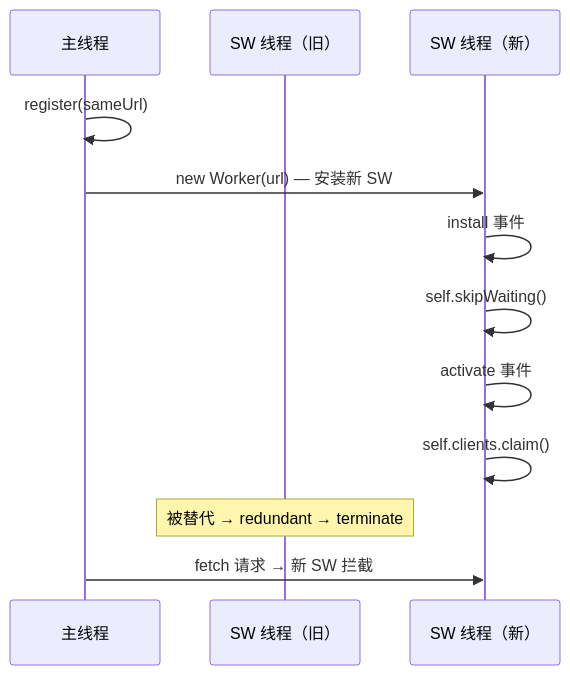
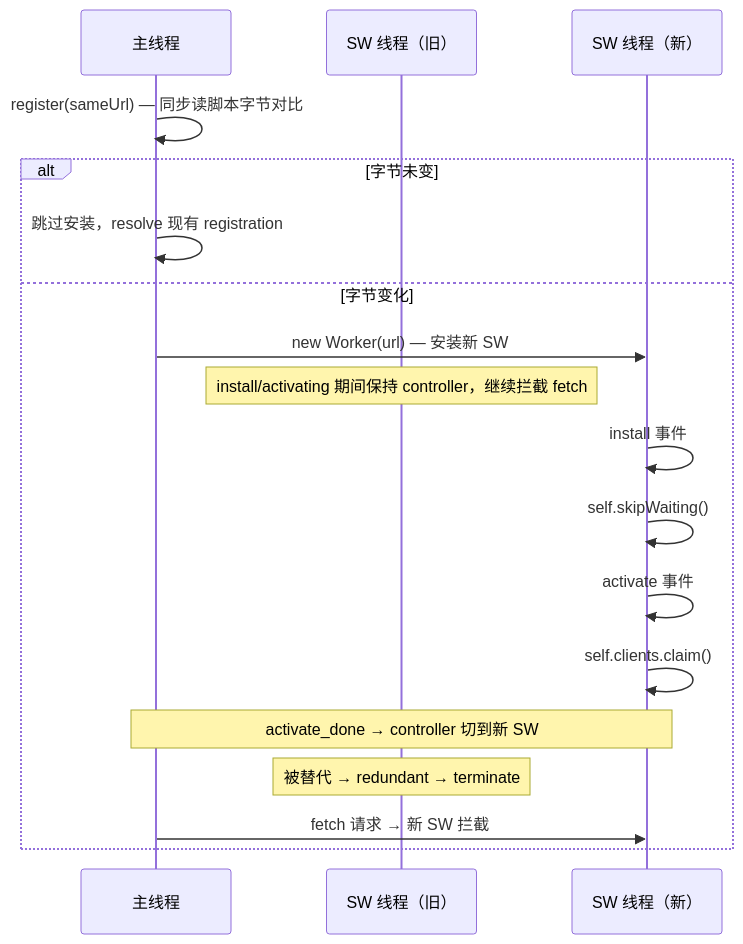
The third of 5 diagrams in docs/plans/2026-09-04-service-worker-design.md (adam-ikari/qwrt), drawn with Mermaid before and after one commit. The commit also changed other lines of this file and 2 other files, not shown here.

Commit message:
docs(plans): 设计文档与实现对齐 + 运行时性能基准方案
- service-worker-design §2.3/§7.2：SW-3 字节对比（latest-slot 优先）+
  controller/active 切换点 activate_done（install/activating 期间旧 SW 保持
  拦截，无控制真空）；移除"首版不做字节级 diff"过时句与 §7.2 真空预期矛盾
- multi-process-model §1.4/§2.1/§5.1/§6.2/§10.1：M-P1 缺省恒 THREAD、
  编译开关与缺省 PROCESS 落 M-P2、worker spawn 走伴随 qwrt-rt 二进制、
  mock 策略=编译排除非 mock_ipc 桩、terminate tier-2 同步阻塞已知限制
- 新增 runtime-perf-benchmark-design：R1-R8 指标（启动/spawn/往返/吞吐/
  内存/eval/信封），THREAD vs PROCESS 双后端对照实证 §1.4 判据表，
  CI 先观察后守门（continue-on-error → ≤2× 基线）

````diff
--- a/docs/plans/2026-09-04-service-worker-design.md
+++ b/docs/plans/2026-09-04-service-worker-design.md
@@ -139,15 +139,21 @@
 ```mermaid
 sequenceDiagram
     participant Main as 主线程
     participant SW as SW 线程（旧）
     participant SW2 as SW 线程（新）
 
-    Main->>Main: register(sameUrl)
-    Main->>SW2: new Worker(url) — 安装新 SW
-    SW2->>SW2: install 事件
-    SW2->>SW2: self.skipWaiting()
-    SW2->>SW2: activate 事件
-    SW2->>SW2: self.clients.claim()
-    Note over SW: 被替代 → redundant → terminate
-    Main->>SW2: fetch 请求 → 新 SW 拦截
+    Main->>Main: register(sameUrl) — 同步读脚本字节对比
+    alt 字节未变
+        Main->>Main: 跳过安装，resolve 现有 registration
+    else 字节变化
+        Main->>SW2: new Worker(url) — 安装新 SW
+        Note over SW: install/activating 期间保持 controller，继续拦截 fetch
+        SW2->>SW2: install 事件
+        SW2->>SW2: self.skipWaiting()
+        SW2->>SW2: activate 事件
+        SW2->>SW2: self.clients.claim()
+        Note over Main,SW2: activate_done → controller 切到新 SW
+        Note over SW: 被替代 → redundant → terminate
+        Main->>SW2: fetch 请求 → 新 SW 拦截
+    end
 ```
````
